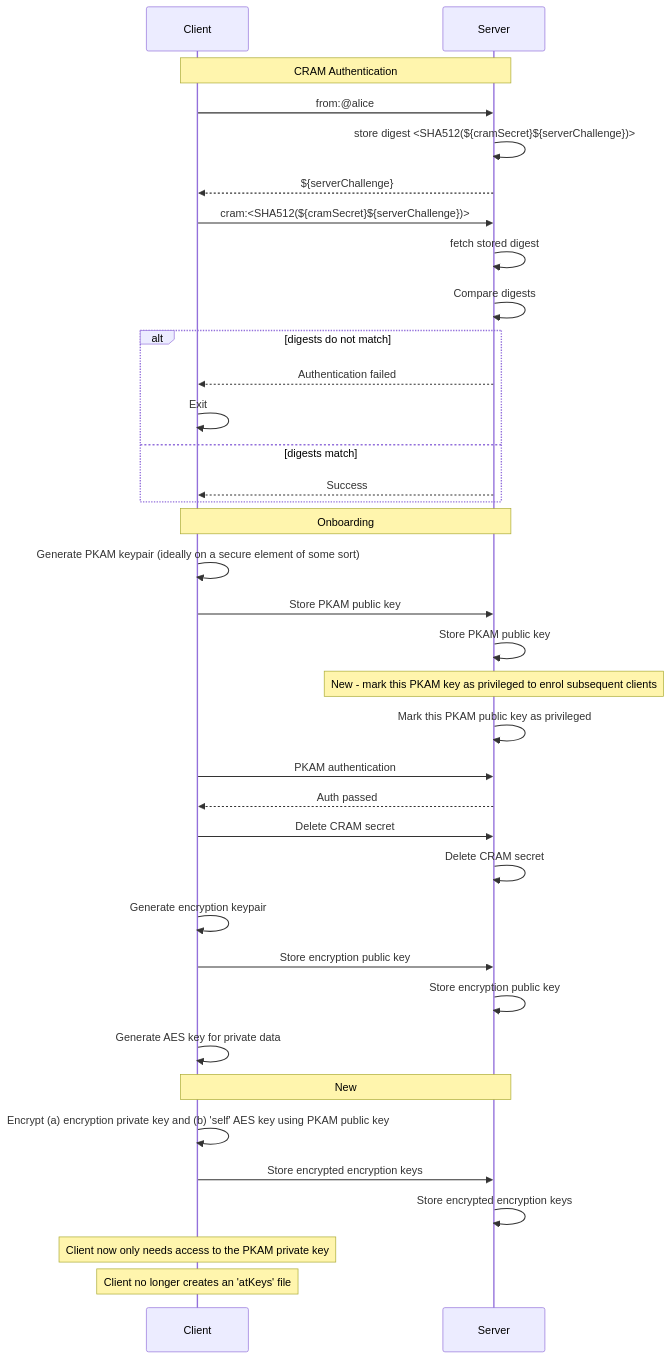
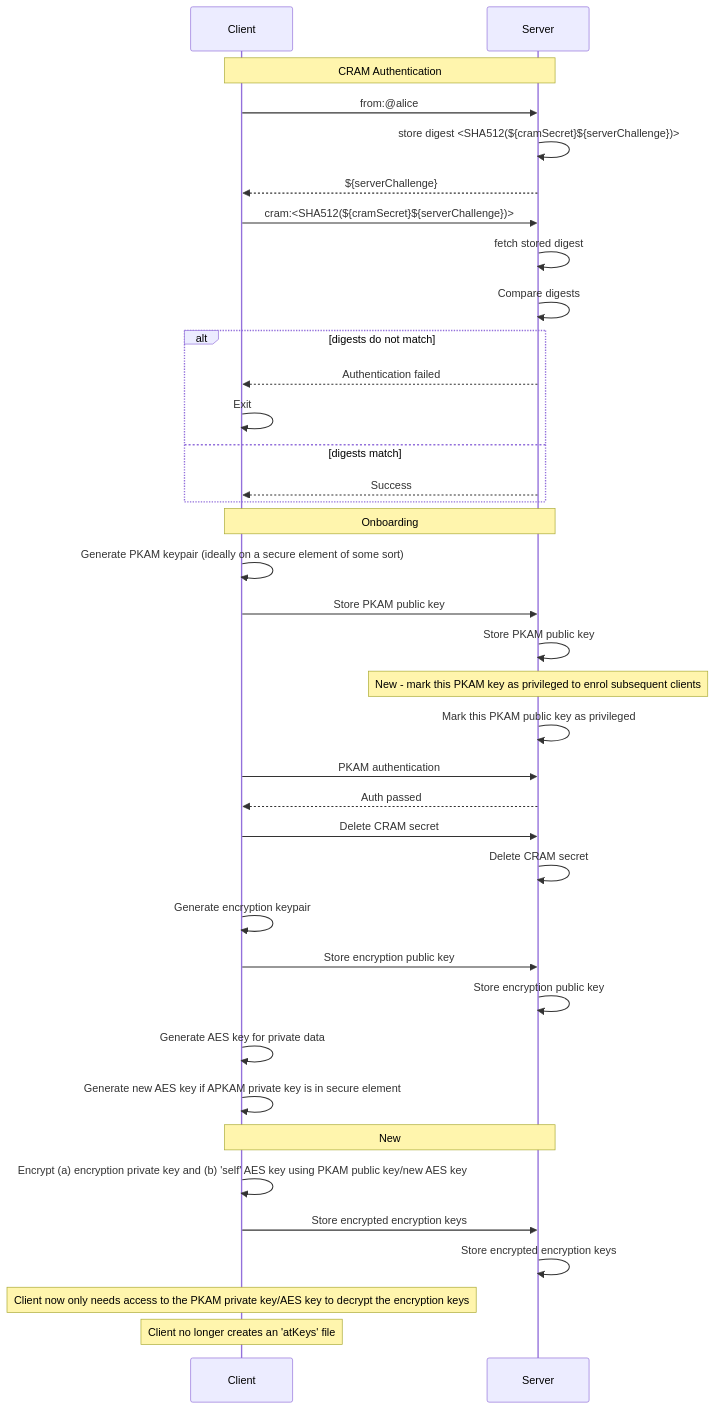
One commit to atsign-foundation/at_protocol changed the second of 3 diagrams in decisions/2023-01-pkam-per-app-and-device.md. Above: the diagram before and after it, drawn with Mermaid. The commit also changed other lines of this file, not shown here.

Commit message:
feat: use AES key for encrypting and decrypting encryption keys

````diff
--- a/decisions/2023-01-pkam-per-app-and-device.md
+++ b/decisions/2023-01-pkam-per-app-and-device.md
@@ -325,41 +325,42 @@
 ```mermaid
 sequenceDiagram
     participant Client
     participant Server
 
     note over Client,Server: CRAM Authentication
 
     Client->>Server: from:@alice
     Server->>Server: store digest <SHA512(${cramSecret}${serverChallenge})>
     Server-->>Client: ${serverChallenge}
     Client->>Server: cram:<SHA512(${cramSecret}${serverChallenge})>
     Server->>Server: fetch stored digest
     Server->>Server: Compare digests
     alt digests do not match
         Server-->>Client: Authentication failed
         Client->>Client: Exit
     else digests match
         Server-->>Client: Success
     end
 
     note over Client,Server: Onboarding
     Client->>Client: Generate PKAM keypair (ideally on a secure element of some sort)
     Client->>Server: Store PKAM public key
     Server->>Server: Store PKAM public key
     note over Server: New - mark this PKAM key as privileged to enrol subsequent clients
     Server->>Server: Mark this PKAM public key as privileged
     Client->>Server: PKAM authentication
     Server-->>Client: Auth passed
     Client->>Server: Delete CRAM secret
     Server->>Server: Delete CRAM secret
     Client->>Client: Generate encryption keypair
     Client->>Server: Store encryption public key
     Server->>Server: Store encryption public key
     Client->>Client: Generate AES key for private data
+    Client->>Client: Generate new AES key if APKAM private key is in secure element
     note over Client,Server: New
-    Client->>Client: Encrypt (a) encryption private key and (b) 'self' AES key using PKAM public key
+    Client->>Client: Encrypt (a) encryption private key and (b) 'self' AES key using PKAM public key/new AES key
     Client->>Server: Store encrypted encryption keys
     Server->>Server: Store encrypted encryption keys
-    note over Client: Client now only needs access to the PKAM private key
+    note over Client: Client now only needs access to the PKAM private key/AES key to decrypt the encryption keys
     note over Client: Client no longer creates an 'atKeys' file
 ```
````
